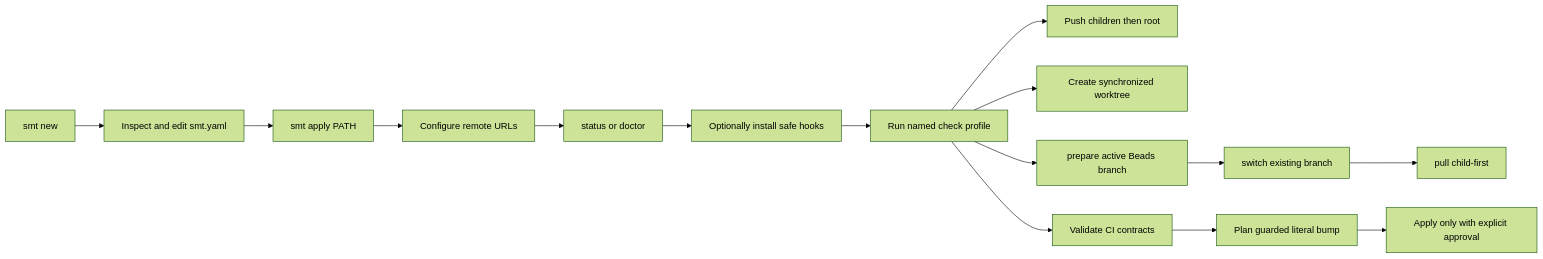
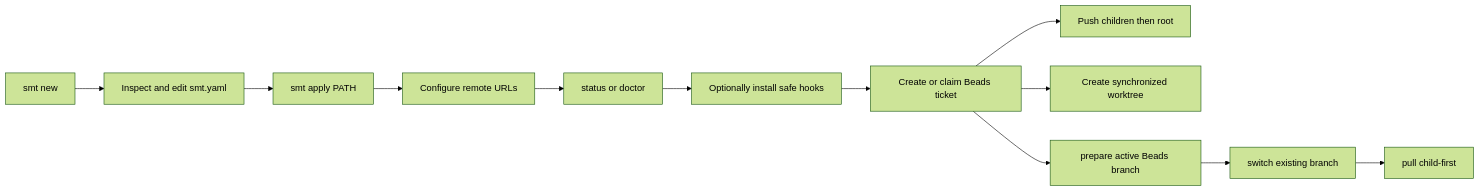
One commit to parmcoder/smt changed the diagram in docs/00-project/SMT - Product Concept.md. Above: the diagram before and after it, drawn with Mermaid (forest theme). The commit also changed other lines of this file and 19 other files, not shown here.

````diff
--- a/docs/00-project/SMT - Product Concept.md
+++ b/docs/00-project/SMT - Product Concept.md
@@ -22,17 +22,14 @@
 ```mermaid
 flowchart LR
     A[smt new] --> B[Inspect and edit smt.yaml]
     B --> C[smt apply PATH]
     C --> D[Configure remote URLs]
     D --> E[status or doctor]
     E --> F[Optionally install safe hooks]
-    F --> G[Run named check profile]
+    F --> G[Create or claim Beads ticket]
     G --> H[Push children then root]
     G --> I[Create synchronized worktree]
     G --> M[prepare active Beads branch]
     M --> N[switch existing branch]
     N --> O[pull child-first]
-    G --> J[Validate CI contracts]
-    J --> K[Plan guarded literal bump]
-    K --> L[Apply only with explicit approval]
 ```
````
